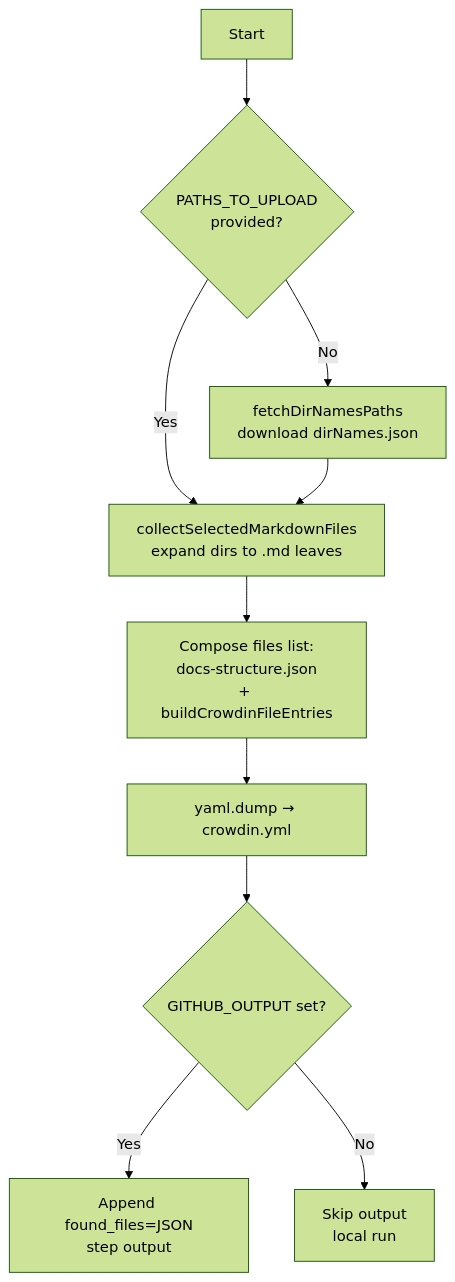
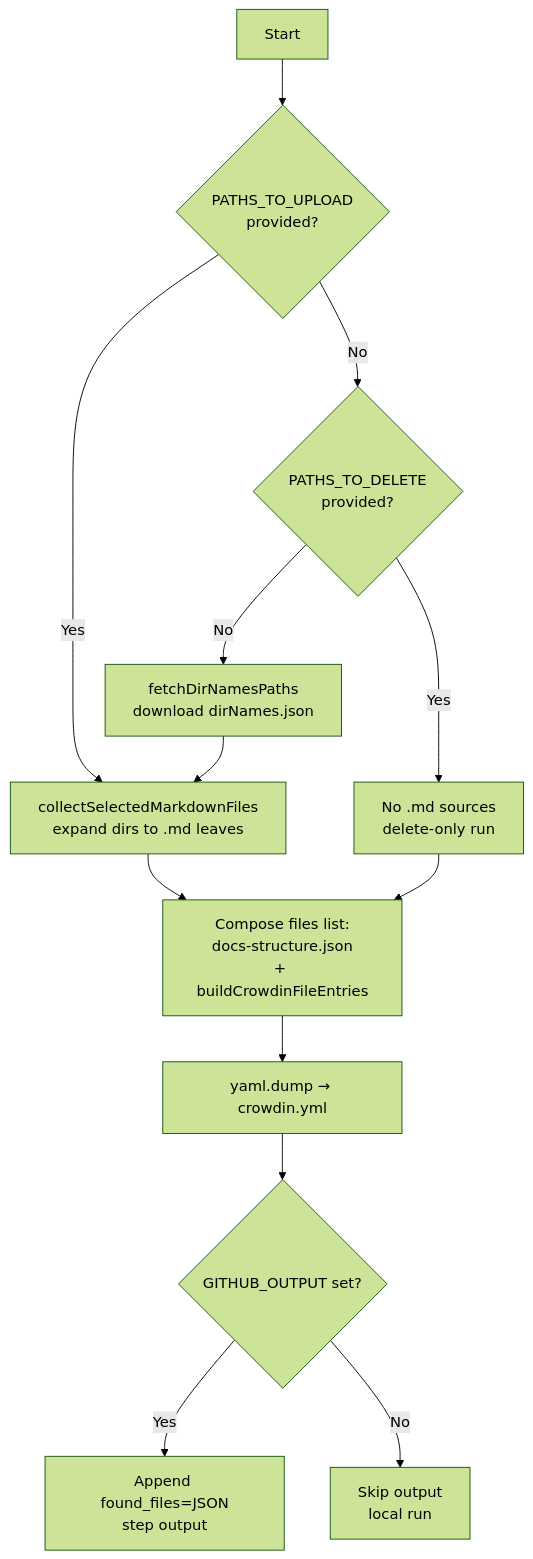
One commit to pagopa/devportal-docs changed the fourth of 5 diagrams in upload_sources_to_crowdin_workflow.md. Above: the diagram before and after it, drawn with Mermaid (forest theme). The commit also changed other lines of this file and 4 other files, not shown here.

````diff
--- a/upload_sources_to_crowdin_workflow.md
+++ b/upload_sources_to_crowdin_workflow.md
@@ -175,12 +187,15 @@
 ```mermaid
 flowchart TD
     A[Start] --> B{PATHS_TO_UPLOAD<br/>provided?}
     B -- Yes --> C[collectSelectedMarkdownFiles<br/>expand dirs to .md leaves]
-    B -- No --> N[fetchDirNamesPaths<br/>download dirNames.json]
+    B -- No --> U{PATHS_TO_DELETE<br/>provided?}
+    U -- Yes --> X[No .md sources<br/>delete-only run]
+    U -- No --> N[fetchDirNamesPaths<br/>download dirNames.json]
     N --> C
     C --> E[Compose files list:<br/>docs-structure.json<br/>+ buildCrowdinFileEntries]
+    X --> E
     E --> F[yaml.dump → crowdin.yml]
     F --> G{GITHUB_OUTPUT set?}
     G -- Yes --> H[Append found_files=JSON<br/>step output]
     G -- No --> I[Skip output<br/>local run]
 ```
````
